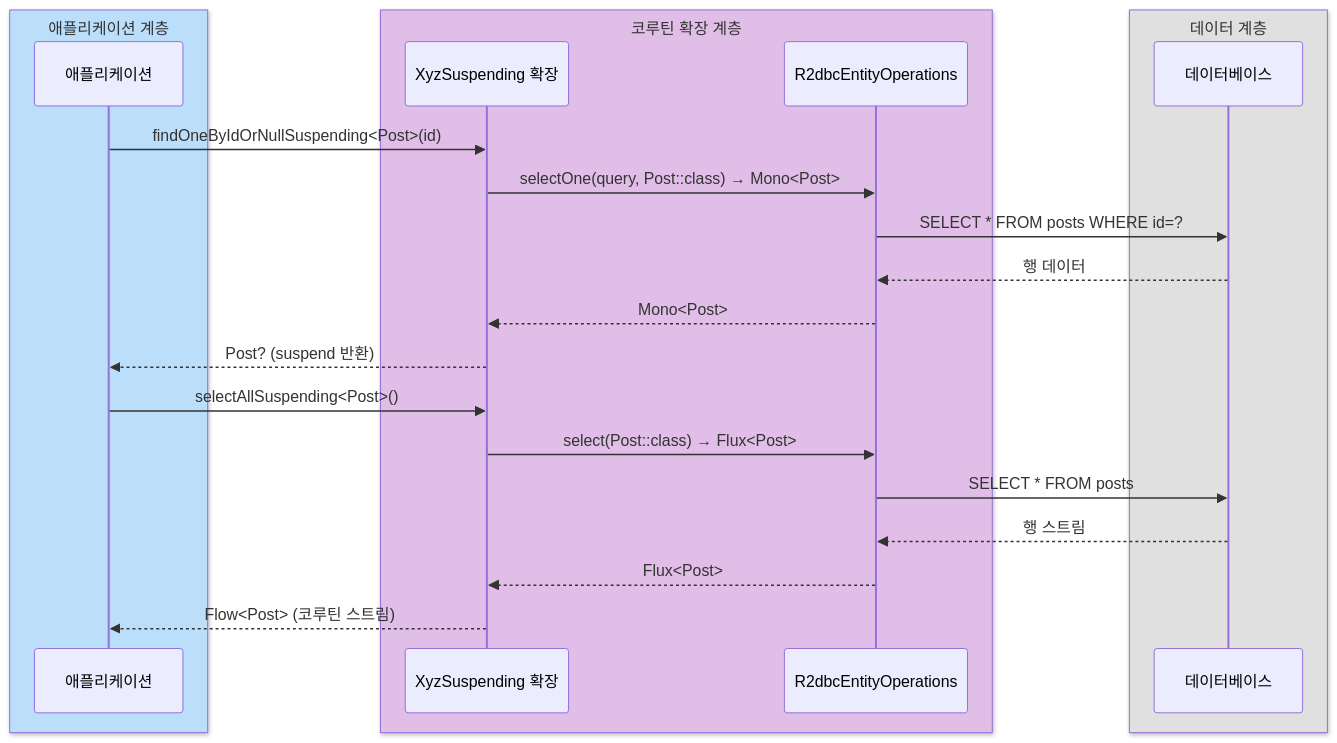
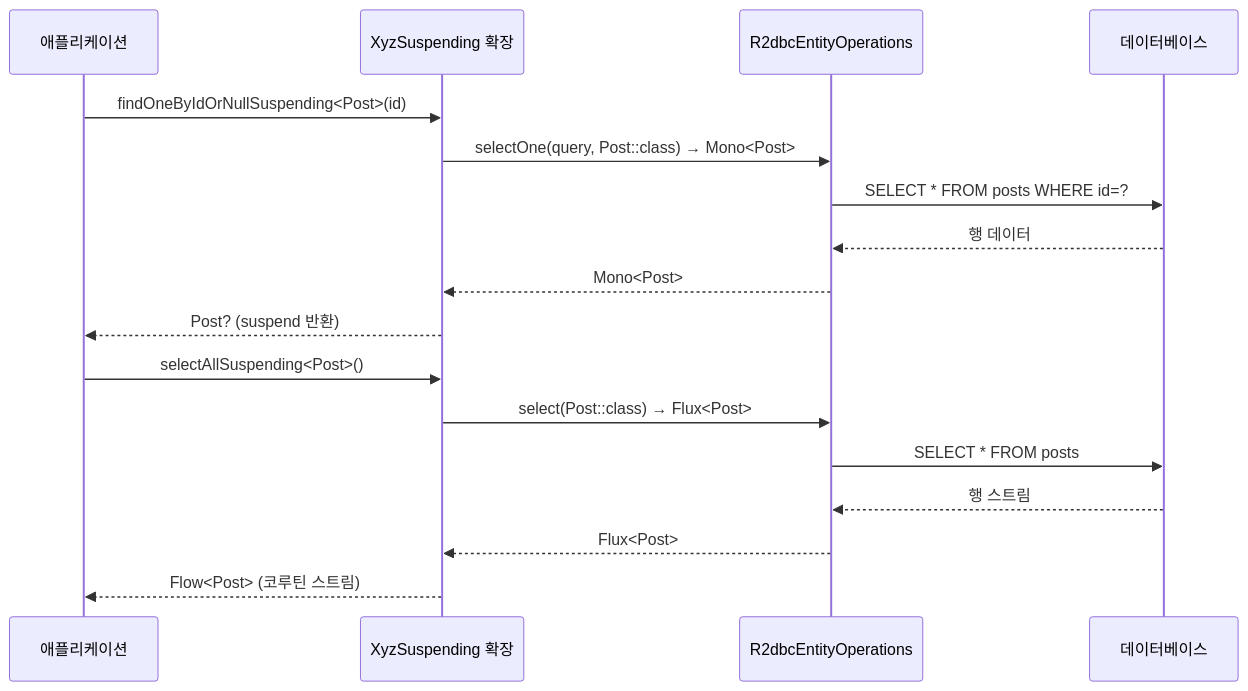
Before and after one commit to bluetape4k/bluetape4k-projects: the fourth of 4 diagrams in spring-boot4/r2dbc/README.ko.md, drawn with Mermaid. The commit also changed other lines of this file and 219 other files, not shown here.

First line of the commit message:
docs: 전체 README Mermaid 다이어그램 가이드 적용

````diff
--- a/spring-boot4/r2dbc/README.ko.md
+++ b/spring-boot4/r2dbc/README.ko.md
@@ -218,27 +218,21 @@
 ```mermaid
 sequenceDiagram
-    box rgb(187,222,251) 애플리케이션 계층
         participant App as 애플리케이션
-    end
-    box rgb(225,190,231) 코루틴 확장 계층
         participant Ext as XyzSuspending 확장
         participant Ops as R2dbcEntityOperations
-    end
-    box rgb(224,224,224) 데이터 계층
         participant DB as 데이터베이스
-    end
 
     App->>Ext: findOneByIdOrNullSuspending<Post>(id)
     Ext->>Ops: selectOne(query, Post::class) → Mono<Post>
     Ops->>DB: SELECT * FROM posts WHERE id=?
     DB-->>Ops: 행 데이터
     Ops-->>Ext: Mono<Post>
     Ext-->>App: Post? (suspend 반환)
 
     App->>Ext: selectAllSuspending<Post>()
     Ext->>Ops: select(Post::class) → Flux<Post>
     Ops->>DB: SELECT * FROM posts
     DB-->>Ops: 행 스트림
     Ops-->>Ext: Flux<Post>
     Ext-->>App: Flow<Post> (코루틴 스트림)
 ```
````
